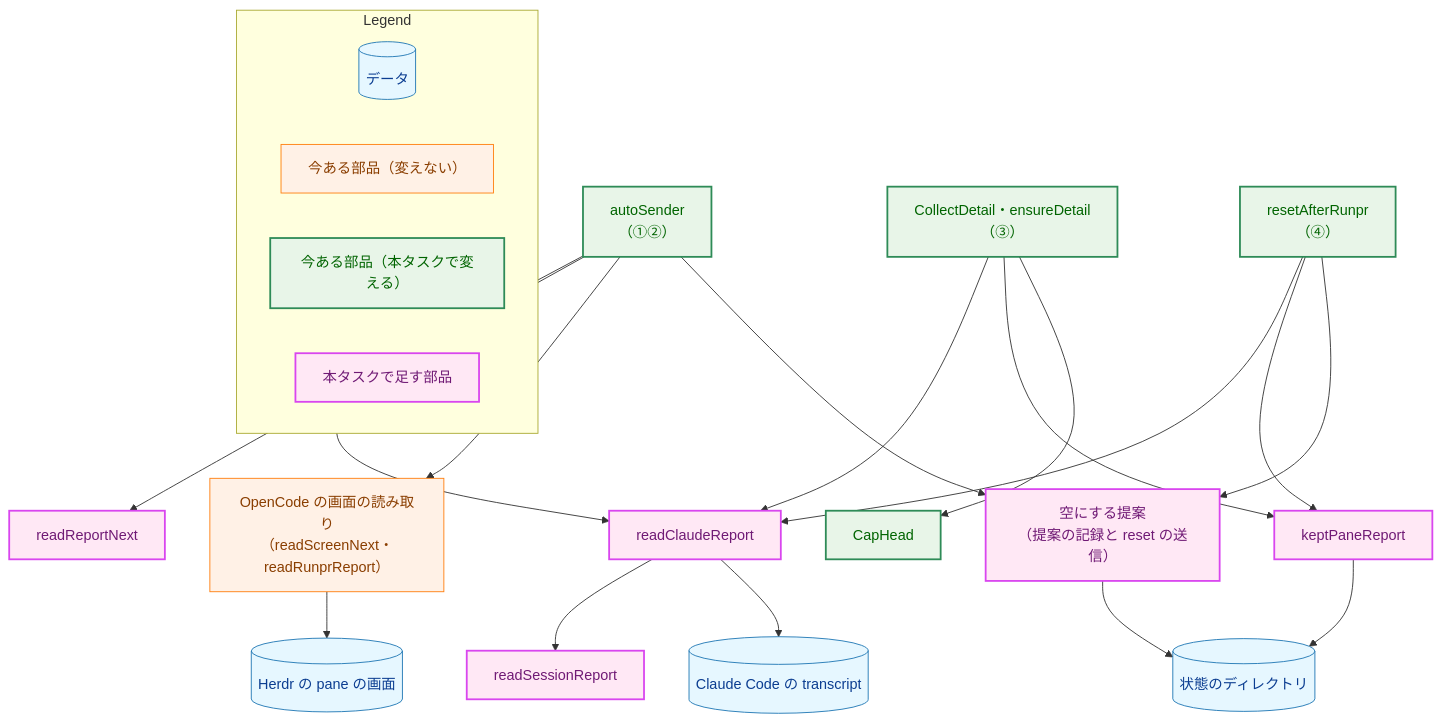
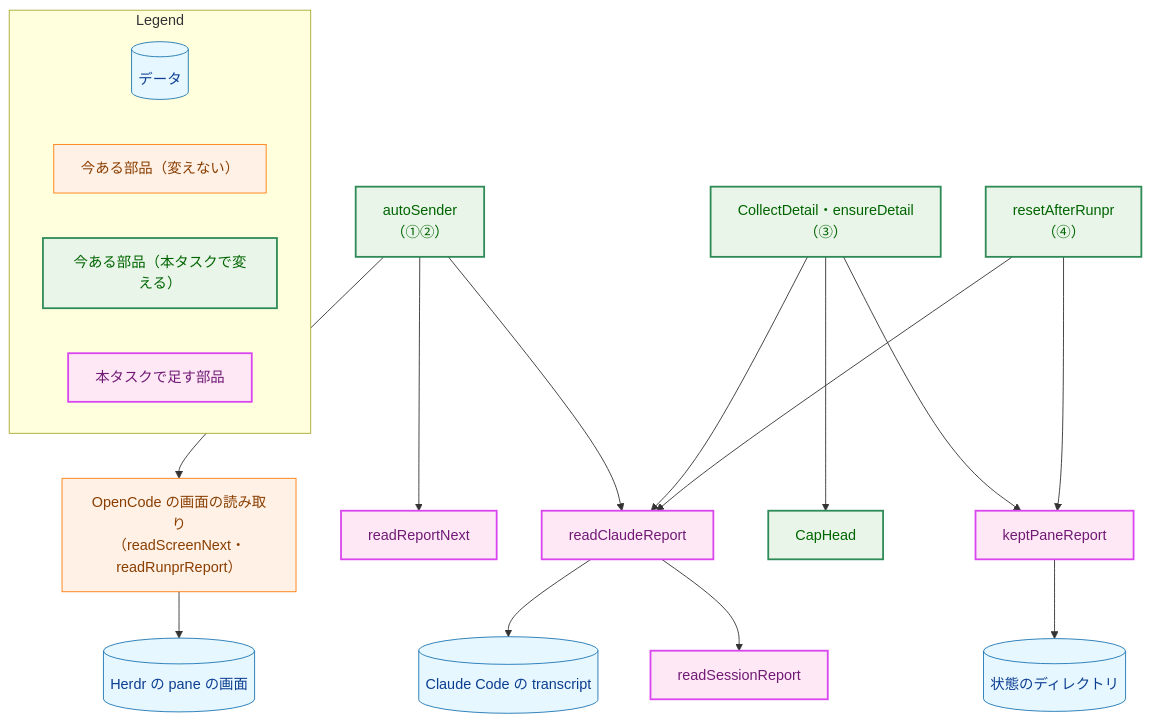
Before and after one commit to isseis/yt2column: the second of 7 diagrams in docs/tasks/0095_chief_transcript_report/02_architecture.md, drawn with Mermaid. The commit also changed other lines of this file and 2 other files, not shown here.

First line of the commit message:
docs(0095): drop the reset offer, which task 0097 takes

````diff
--- a/docs/tasks/0095_chief_transcript_report/02_architecture.md
+++ b/docs/tasks/0095_chief_transcript_report/02_architecture.md
@@ -141,53 +135,49 @@
 ```mermaid
 flowchart TB
     classDef data fill:#e6f7ff,stroke:#1f77b4,stroke-width:1px,color:#0b3d91;
     classDef process fill:#fff1e6,stroke:#ff7f0e,stroke-width:1px,color:#8a3e00;
     classDef enhanced fill:#e8f5e8,stroke:#2e8b57,stroke-width:2px,color:#006400;
     classDef newpkg fill:#ffe8f5,stroke:#d946ef,stroke-width:2px,color:#701a75;
 
     AUTO["autoSender<br>（①②）"]
     DETAIL["CollectDetail・ensureDetail<br>（③）"]
     RESET["resetAfterRunpr<br>（④）"]
     ENTRY["readClaudeReport"]
     PARSE["readSessionReport"]
     RNEXT["readReportNext"]
     KEPT["keptPaneReport"]
     CAP["CapHead"]
-    OFFER["空にする提案<br>（提案の記録と reset の送信）"]
     SCREEN["OpenCode の画面の読み取り<br>（readScreenNext・readRunprReport）"]
     FILE[("Claude Code の transcript")]
     HERDR[("Herdr の pane の画面")]
     RECS[("状態のディレクトリ")]
 
     AUTO --> ENTRY
     AUTO --> RNEXT
     AUTO --> SCREEN
     DETAIL --> ENTRY
     DETAIL --> KEPT
     DETAIL --> CAP
     RESET --> ENTRY
     RESET --> KEPT
     ENTRY --> PARSE
     ENTRY --> FILE
     SCREEN --> HERDR
     KEPT --> RECS
-    AUTO --> OFFER
-    RESET --> OFFER
-    OFFER --> RECS
 
     class FILE,HERDR,RECS data
     class SCREEN process
     class AUTO,DETAIL,RESET,CAP enhanced
-    class ENTRY,PARSE,RNEXT,KEPT,OFFER newpkg
+    class ENTRY,PARSE,RNEXT,KEPT newpkg
 
     subgraph Legend["Legend"]
         L1[("データ")]
         L2["今ある部品（変えない）"]
         L3["今ある部品（本タスクで変える）"]
         L4["本タスクで足す部品"]
     end
     class L1 data
     class L2 process
     class L3 enhanced
     class L4 newpkg
 ```
````
